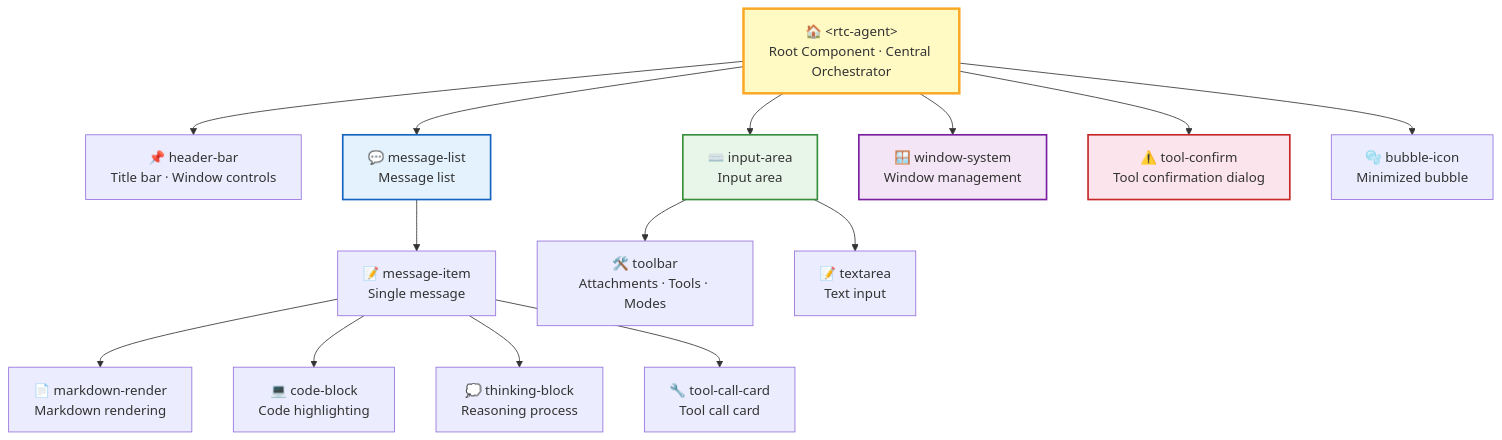
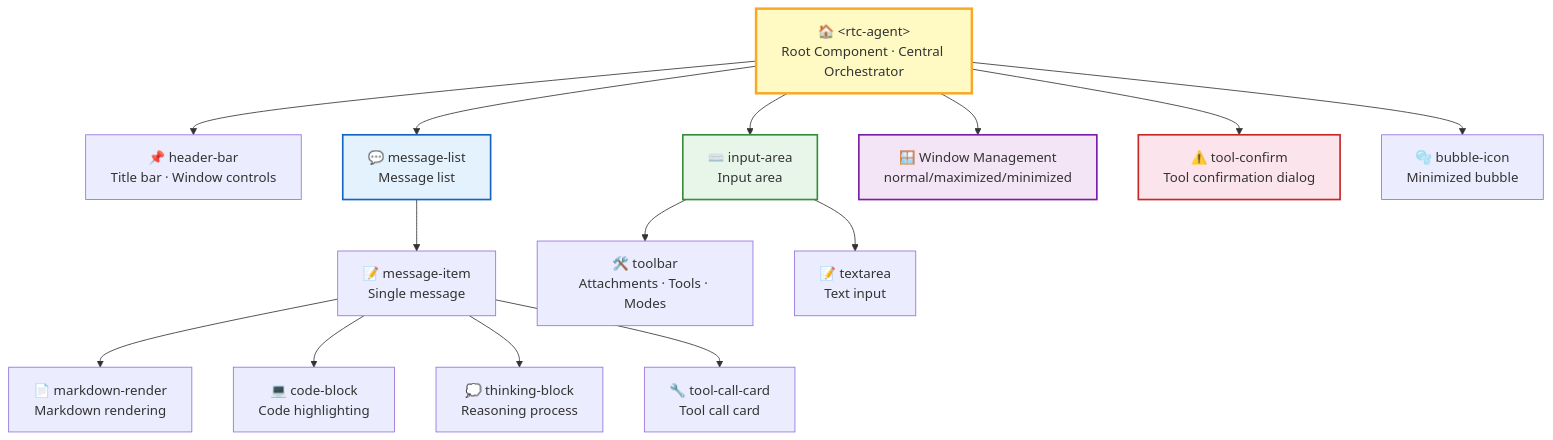
Before and after one commit to rtc-agent/docs: the first of 9 diagrams in src/content/docs/en/architecture/frontend.md, drawn with Mermaid. The commit also changed other lines of this file and 60 other files, not shown here.

First line of the commit message:
docs(site): refresh documentation with new sections and improved diagrams

````diff
--- a/src/content/docs/en/architecture/frontend.md
+++ b/src/content/docs/en/architecture/frontend.md
@@ -10,27 +10,27 @@
 ```mermaid
 flowchart TD
     ROOT["🏠 &lt;rtc-agent&gt;<br/>Root Component · Central Orchestrator"]
 
     ROOT --> HEADER["📌 header-bar<br/>Title bar · Window controls"]
     ROOT --> MSG["💬 message-list<br/>Message list"]
     ROOT --> INPUT["⌨️ input-area<br/>Input area"]
-    ROOT --> WIN["🪟 window-system<br/>Window management"]
+    ROOT --> WIN["🪟 Window Management<br/>normal/maximized/minimized"]
 
     MSG --> MSGITEM["📝 message-item<br/>Single message"]
     MSGITEM --> MD["📄 markdown-render<br/>Markdown rendering"]
     MSGITEM --> CODE["💻 code-block<br/>Code highlighting"]
     MSGITEM --> THINK["💭 thinking-block<br/>Reasoning process"]
     MSGITEM --> TOOL["🔧 tool-call-card<br/>Tool call card"]
 
     INPUT --> TOOLBAR["🛠️ toolbar<br/>Attachments · Tools · Modes"]
     INPUT --> TA["📝 textarea<br/>Text input"]
 
     ROOT --> CONFIRM["⚠️ tool-confirm<br/>Tool confirmation dialog"]
     ROOT --> BUBBLE["🫧 bubble-icon<br/>Minimized bubble"]
 
     style ROOT fill:#fff9c4,stroke:#f9a825,stroke-width:3px
     style MSG fill:#e3f2fd,stroke:#1565c0,stroke-width:2px
     style INPUT fill:#e8f5e9,stroke:#388e3c,stroke-width:2px
     style WIN fill:#f3e5f5,stroke:#7b1fa2,stroke-width:2px
     style CONFIRM fill:#fce4ec,stroke:#c62828,stroke-width:2px
 ```
````
